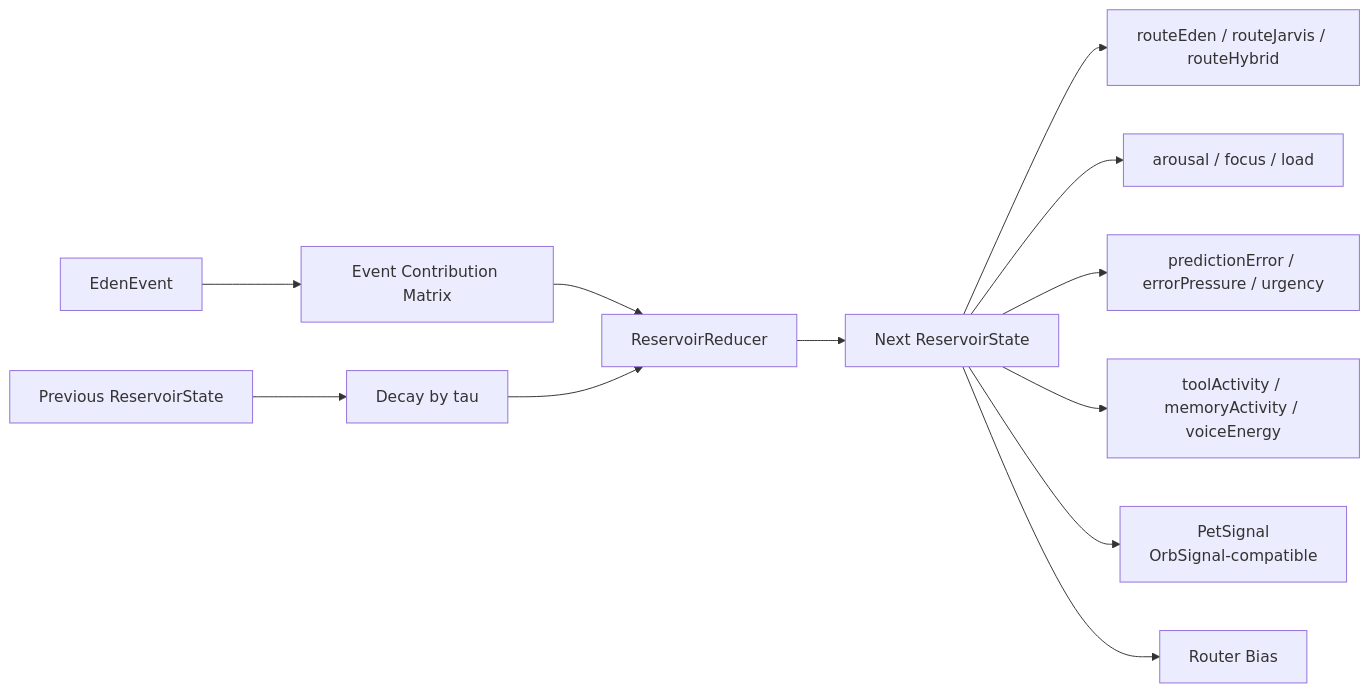
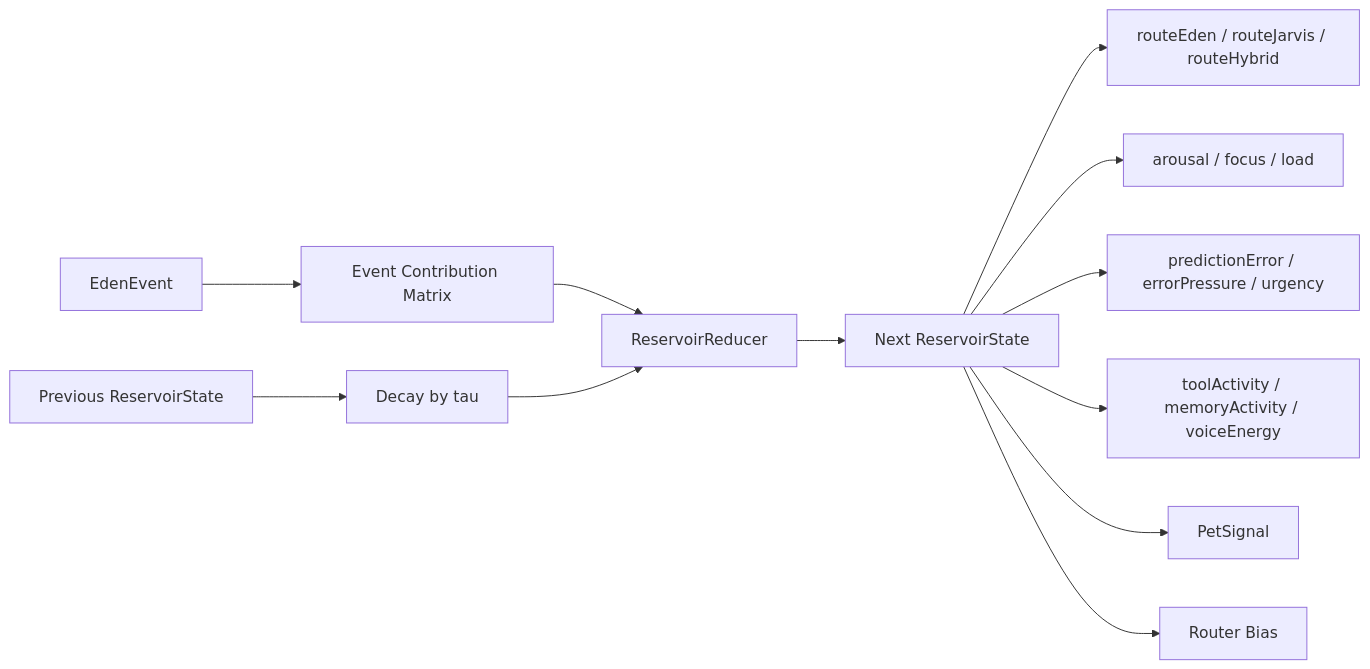
Before and after one commit to Merchantlee99/Eden_agent: the sixth of 19 diagrams in docs/blueprints/current/Eden_Jarvis_Final_Blueprint.md, drawn with Mermaid. The commit also changed other lines of this file and 17 other files, not shown here.

````diff
--- a/docs/blueprints/current/Eden_Jarvis_Final_Blueprint.md
+++ b/docs/blueprints/current/Eden_Jarvis_Final_Blueprint.md
@@ -359,15 +367,15 @@
 ```mermaid
 flowchart LR
   Event["EdenEvent"] --> Matrix["Event Contribution Matrix"]
   Previous["Previous ReservoirState"] --> Decay["Decay by tau"]
   Matrix --> Reducer["ReservoirReducer"]
   Decay --> Reducer
   Reducer --> Next["Next ReservoirState"]
 
   Next --> Route["routeEden / routeJarvis / routeHybrid"]
   Next --> Activity["arousal / focus / load"]
   Next --> Risk["predictionError / errorPressure / urgency"]
   Next --> IO["toolActivity / memoryActivity / voiceEnergy"]
-  Next --> Pet["PetSignal<br/>OrbSignal-compatible"]
+  Next --> Pet["PetSignal"]
   Next --> RouterBias["Router Bias"]
 ```
````
